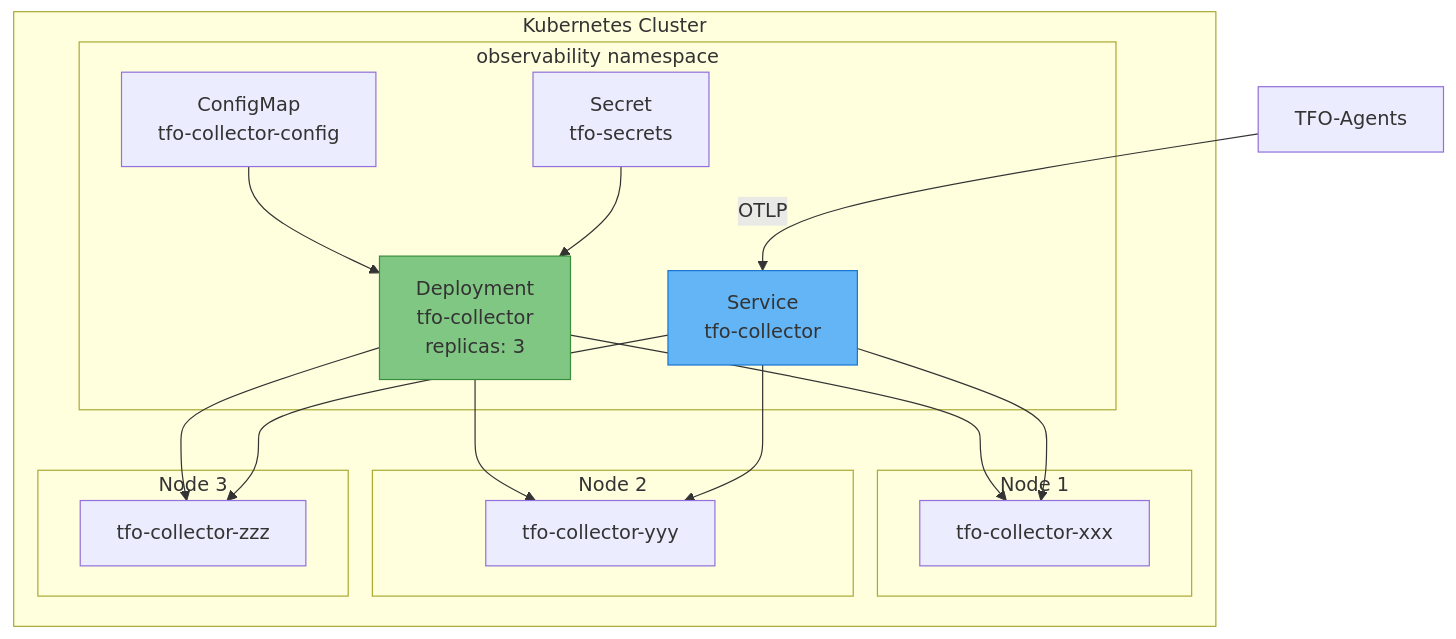
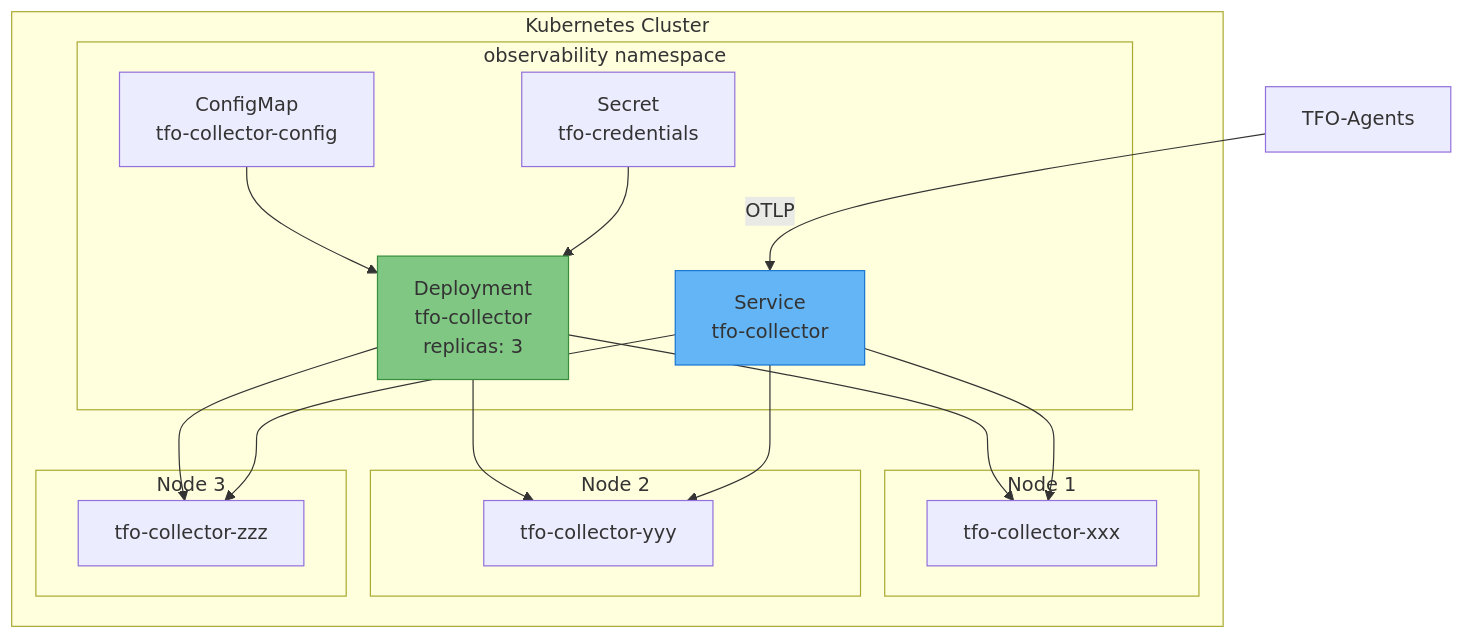
The third of 3 diagrams in docs/INSTALLATION.md (telemetryflow/telemetryflow-collector), drawn with Mermaid before and after one commit. The commit also changed other lines of this file and 126 other files, not shown here.

````diff
--- a/docs/INSTALLATION.md
+++ b/docs/INSTALLATION.md
@@ -376,37 +288,37 @@
 ```mermaid
 graph TB
     subgraph "Kubernetes Cluster"
         subgraph "observability namespace"
             CM[ConfigMap<br/>tfo-collector-config]
-            SECRET[Secret<br/>tfo-secrets]
+            SECRET[Secret<br/>tfo-credentials]
             SVC[Service<br/>tfo-collector]
             DEPLOY[Deployment<br/>tfo-collector<br/>replicas: 3]
         end
 
         subgraph "Node 1"
             POD1[tfo-collector-xxx]
         end
 
         subgraph "Node 2"
             POD2[tfo-collector-yyy]
         end
 
         subgraph "Node 3"
             POD3[tfo-collector-zzz]
         end
     end
 
     CM --> DEPLOY
     SECRET --> DEPLOY
     DEPLOY --> POD1
     DEPLOY --> POD2
     DEPLOY --> POD3
     SVC --> POD1
     SVC --> POD2
     SVC --> POD3
 
     AGENTS[TFO-Agents] -->|OTLP| SVC
 
     style DEPLOY fill:#81C784,stroke:#388E3C
     style SVC fill:#64B5F6,stroke:#1976D2
 ```
````
